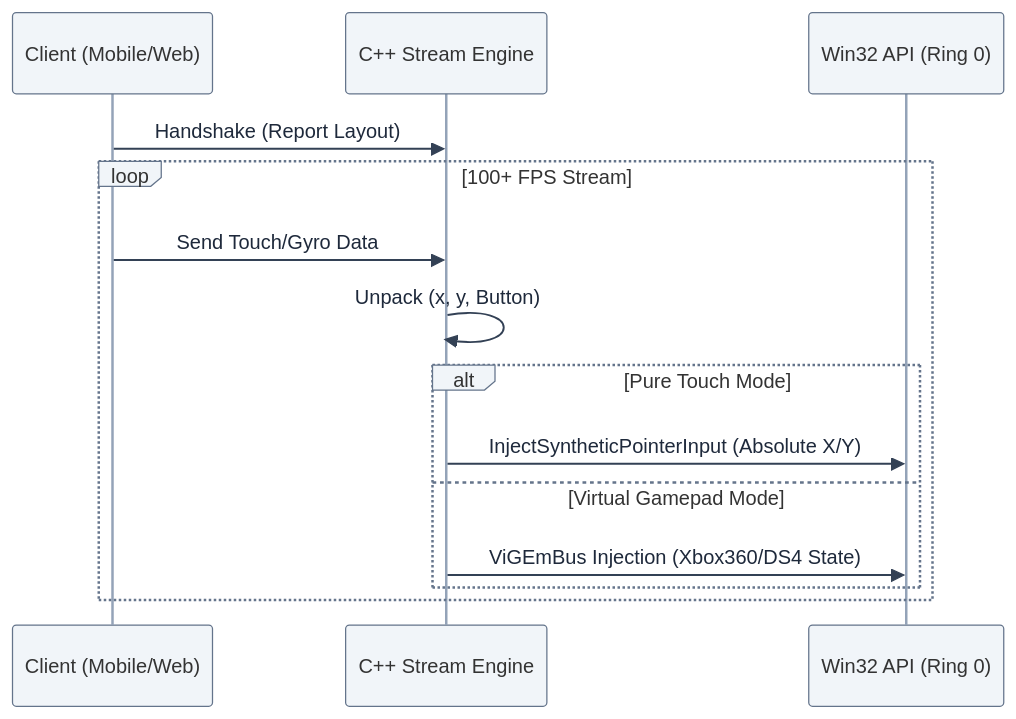
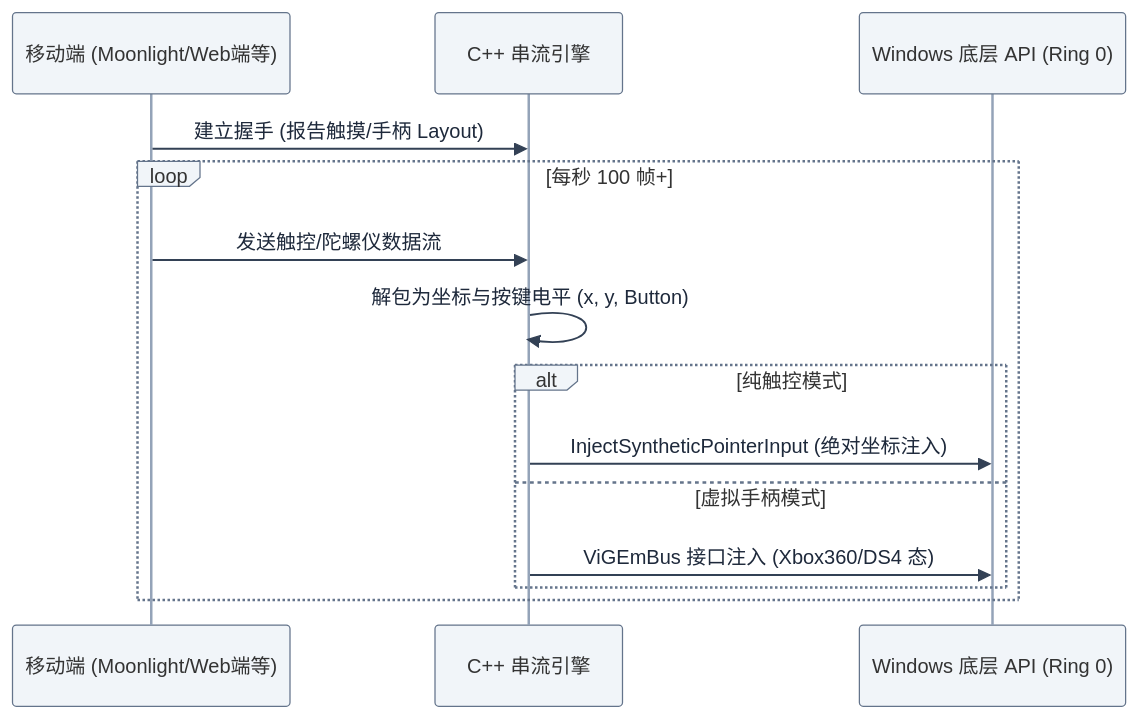
Before and after one commit to Roxy-DD/galremote: the second of 5 diagrams in thesis/chapter4/system_design.md, drawn with Mermaid. The commit also changed other lines of this file, not shown here.

Commit message:
style(thesis): revert diagrams text to Chinese while keeping the flat academic style

````diff
--- a/thesis/chapter4/system_design.md
+++ b/thesis/chapter4/system_design.md
@@ -80,18 +80,18 @@
 ```mermaid
 %%{init: {'theme': 'base', 'themeVariables': { 'actorBkg': '#F1F5F9', 'actorBorder': '#64748B', 'actorLineColor': '#94A3B8', 'signalColor': '#334155', 'signalTextColor': '#1E293B', 'fontFamily': 'arial'}}}%%
 sequenceDiagram
-    participant Client as Client (Mobile/Web)
-    participant Cpp as C++ Stream Engine
-    participant WinAPI as Win32 API (Ring 0)
+    participant Client as 移动端 (Moonlight/Web端等)
+    participant Cpp as C++ 串流引擎
+    participant WinAPI as Windows 底层 API (Ring 0)
     
-    Client->>Cpp: Handshake (Report Layout)
-    loop 100+ FPS Stream
-        Client->>Cpp: Send Touch/Gyro Data
-        Cpp->>Cpp: Unpack (x, y, Button)
-        alt Pure Touch Mode
-            Cpp->>WinAPI: InjectSyntheticPointerInput (Absolute X/Y)
-        else Virtual Gamepad Mode
-            Cpp->>WinAPI: ViGEmBus Injection (Xbox360/DS4 State)
+    Client->>Cpp: 建立握手 (报告触摸/手柄 Layout)
+    loop 每秒 100 帧+
+        Client->>Cpp: 发送触控/陀螺仪数据流
+        Cpp->>Cpp: 解包为坐标与按键电平 (x, y, Button)
+        alt 纯触控模式
+            Cpp->>WinAPI: InjectSyntheticPointerInput (绝对坐标注入)
+        else 虚拟手柄模式
+            Cpp->>WinAPI: ViGEmBus 接口注入 (Xbox360/DS4 态)
         end
     end
 ```
````
